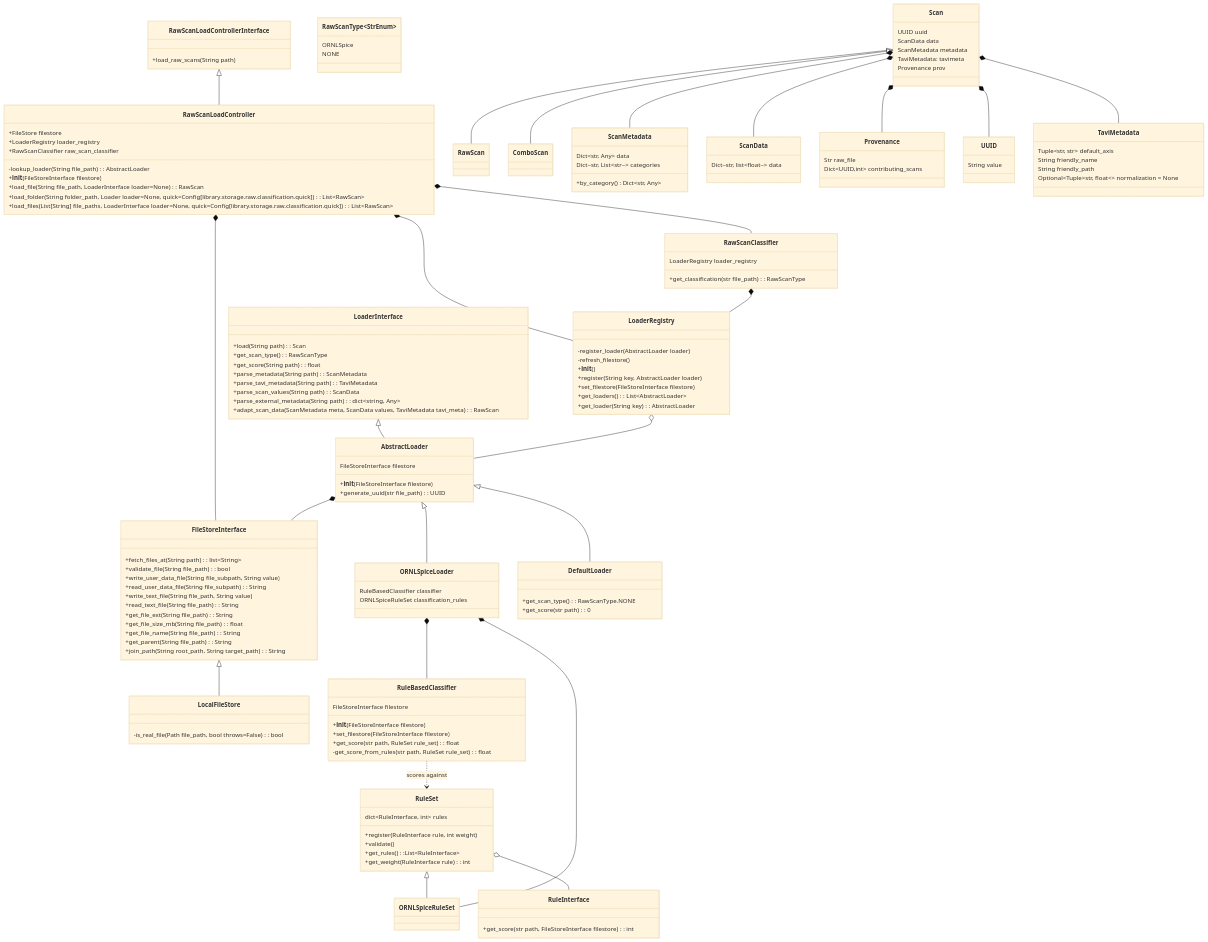
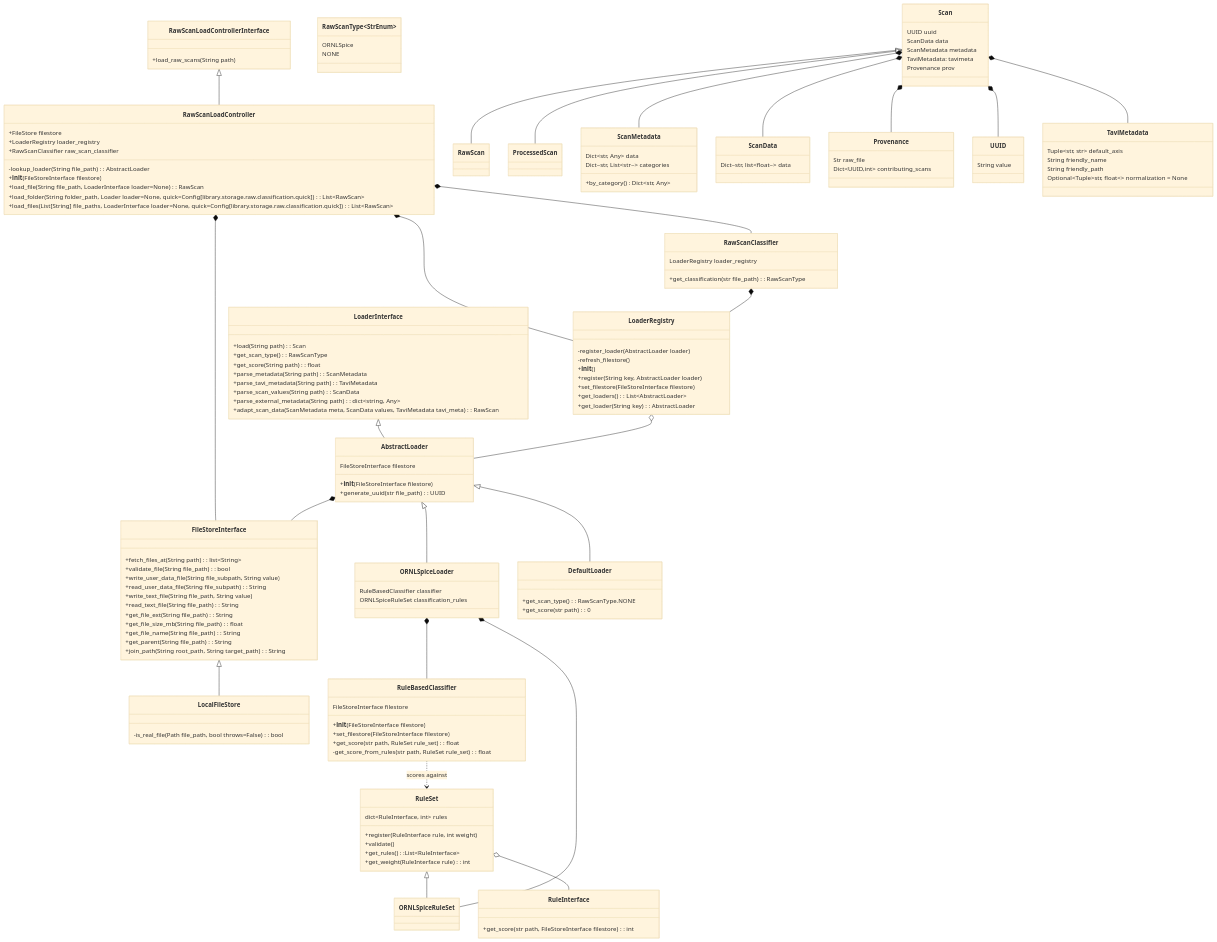
One commit to neutrons/TAVI changed the diagram in docs/source/design/load/class_diagram.rst. Above: the diagram before and after it, drawn with Mermaid (base theme). The commit also changed other lines of this file and 12 other files, not shown here.

```diff
--- a/docs/source/design/load/class_diagram.rst
+++ b/docs/source/design/load/class_diagram.rst
@@ -141,7 +141,7 @@
         ORNLSpiceLoader *-- ORNLSpiceRuleSet
 
         Scan <|-- RawScan
-        Scan <|-- ComboScan
+        Scan <|-- ProcessedScan
         Scan *-- ScanMetadata
         Scan *-- ScanData
         Scan *-- Provenance
```
